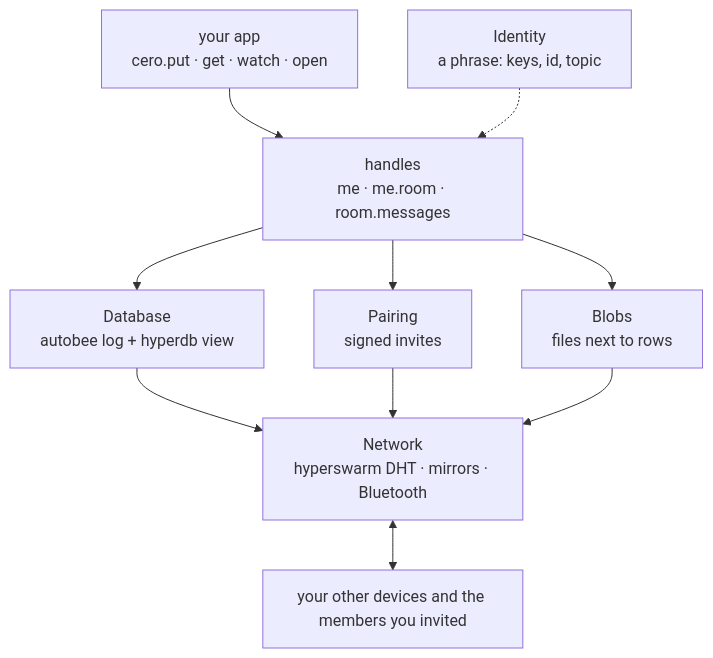
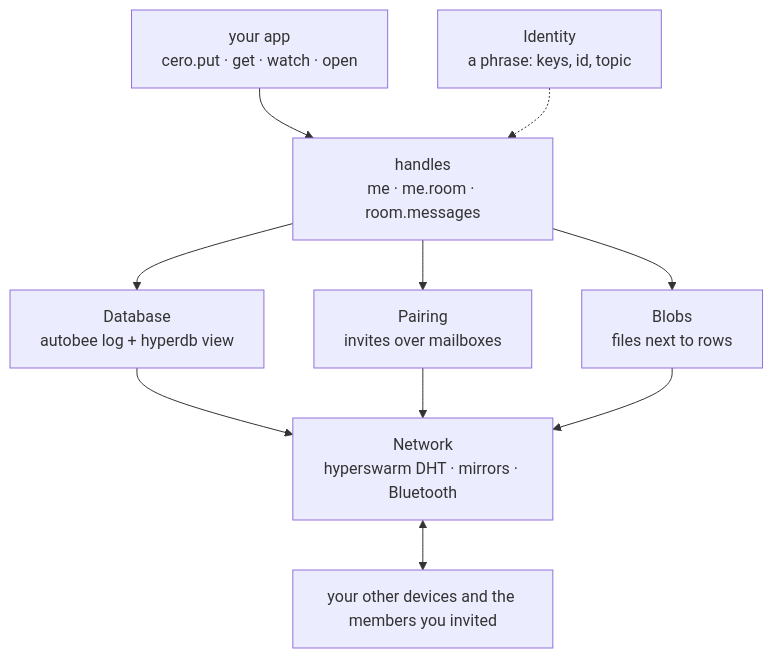
Before and after one commit to lekinox/cero-base: the second of 2 diagrams in docs/README.md, drawn with Mermaid. The commit also changed other lines of this file and 88 other files, not shown here.

````diff
--- a/docs/README.md
+++ b/docs/README.md
@@ -98,12 +98,12 @@
 ```mermaid
 flowchart TD
   App["your app<br/>cero.put · get · watch · open"] --> Handle["handles<br/>me · me.room · room.messages"]
   Identity["Identity<br/>a phrase: keys, id, topic"] -.-> Handle
   Handle --> DB["Database<br/>autobee log + hyperdb view"]
-  Handle --> Pairing["Pairing<br/>signed invites"]
+  Handle --> Pairing["Pairing<br/>invites over mailboxes"]
   Handle --> Blobs["Blobs<br/>files next to rows"]
   DB --> Net["Network<br/>hyperswarm DHT · mirrors · Bluetooth"]
   Pairing --> Net
   Blobs --> Net
   Net <--> Peers["your other devices and the members you invited"]
 ```
````
